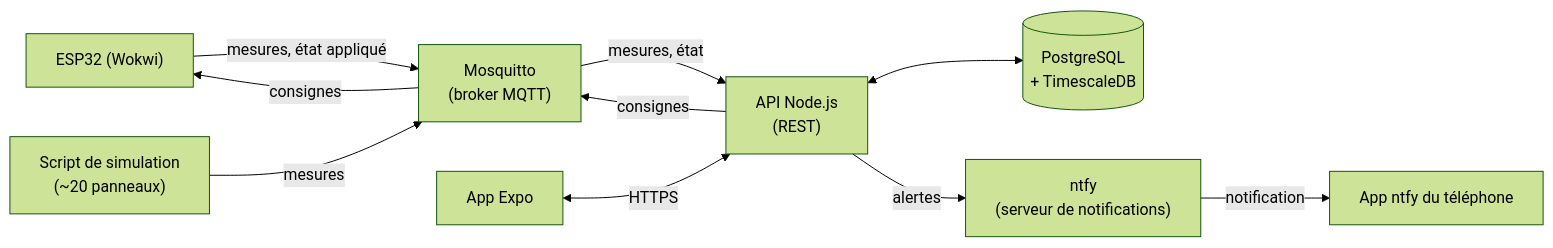
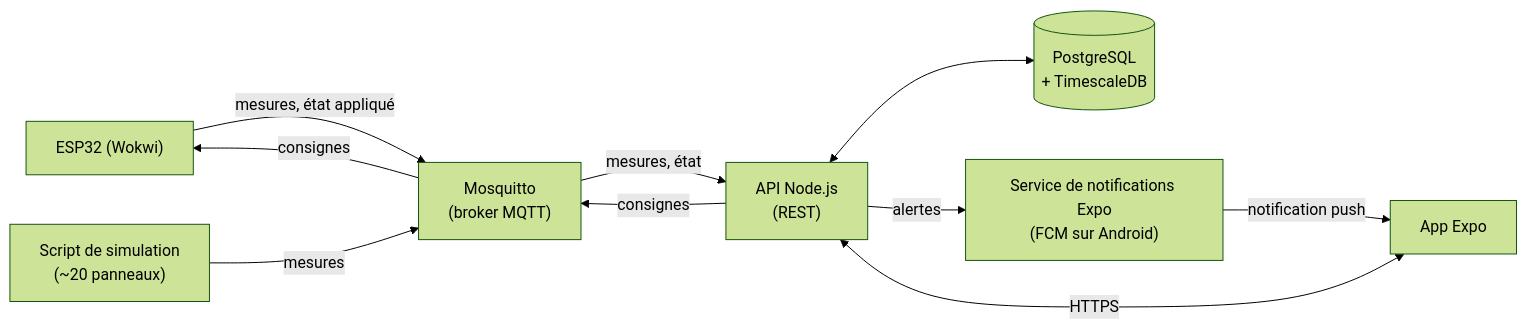
The diagram in docs/etude-faisabilite-parc-solaire.md (SamuelLnds/proj-app-mobile-co), drawn with Mermaid (forest theme) before and after one commit. The commit also changed other lines of this file and 59 other files, not shown here.

Commit message:
feat(api): remplace ntfy par le push Expo et les notifications locales

````diff
--- a/docs/etude-faisabilite-parc-solaire.md
+++ b/docs/etude-faisabilite-parc-solaire.md
@@ -116,12 +116,12 @@
 ```mermaid
 flowchart LR
   ESP["ESP32 (Wokwi)"] -- "mesures, état appliqué" --> B["Mosquitto<br/>(broker MQTT)"]
   SIM["Script de simulation<br/>(~20 panneaux)"] -- "mesures" --> B
   B -- "mesures, état" --> API["API Node.js<br/>(REST)"]
   API -- "consignes" --> B
   B -- "consignes" --> ESP
   API <--> DB[("PostgreSQL<br/>+ TimescaleDB")]
   APP["App Expo"] <-- "HTTPS" --> API
-  API -- "alertes" --> N["ntfy<br/>(serveur de notifications)"]
-  N -- "notification" --> PH["App ntfy du téléphone"]
+  API -- "alertes" --> X["Service de notifications Expo<br/>(FCM sur Android)"]
+  X -- "notification push" --> APP
 ```
````
